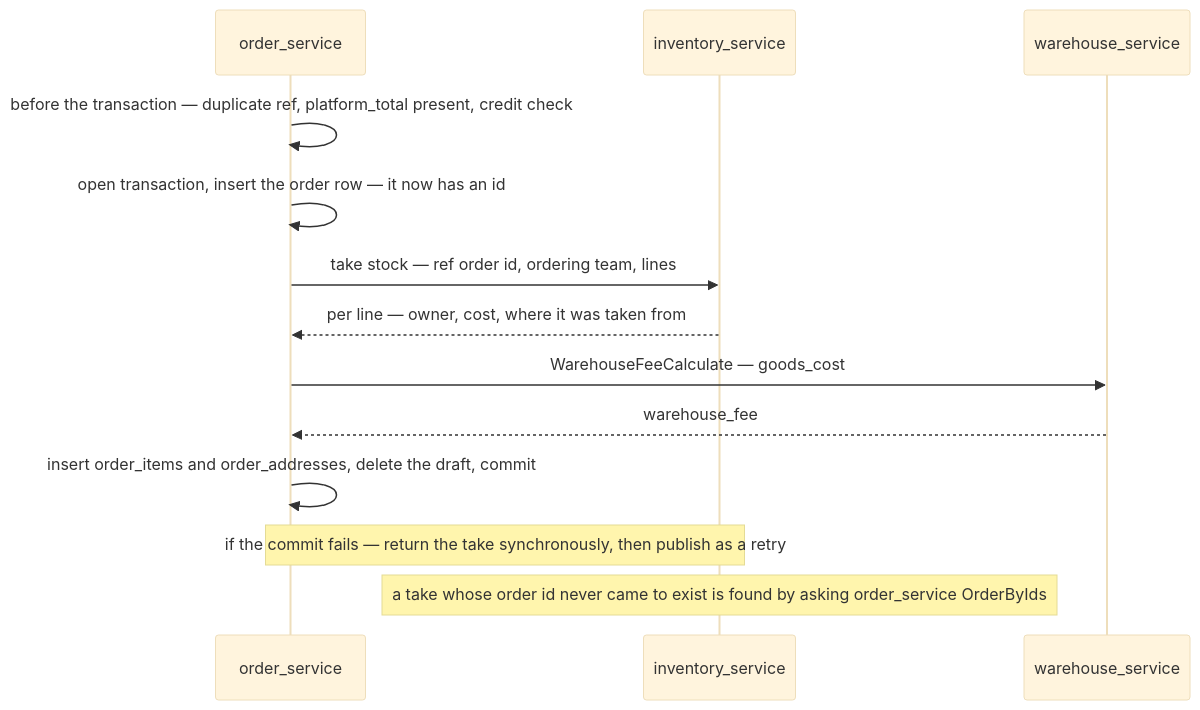
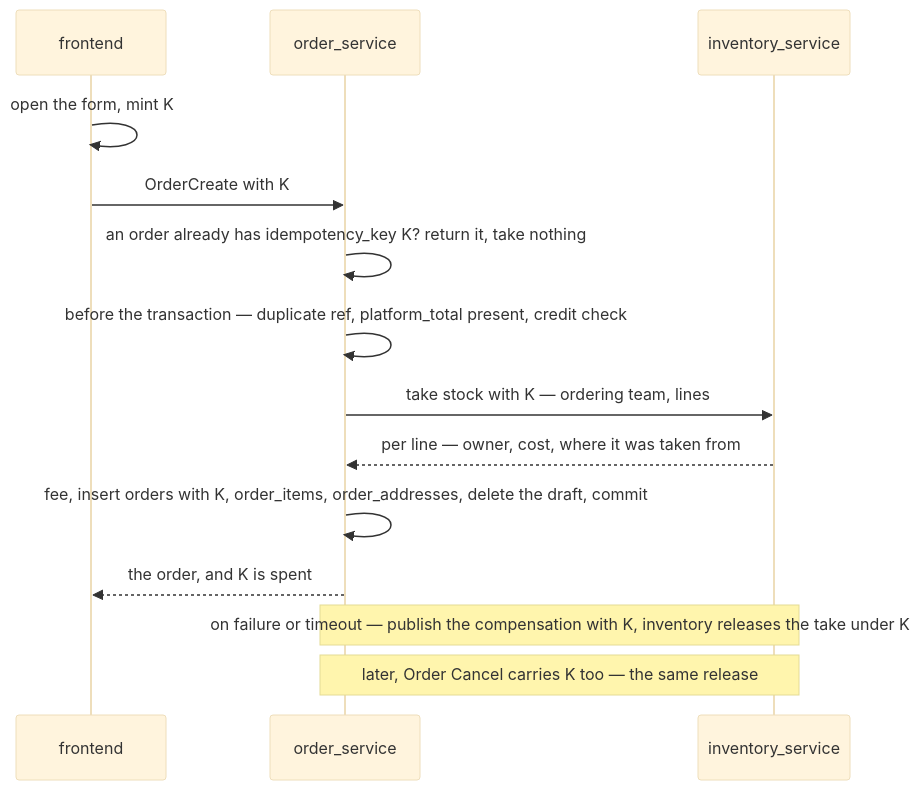
One commit to pdcgo/warehouse_revamp changed the first of 4 diagrams in docs/business/order/order_creation_clarify.md. Above: the diagram before and after it, drawn with Mermaid (base theme). The commit also changed other lines of this file and 4 other files, not shown here.

Commit message:
idempotency key

````diff
--- a/docs/business/order/order_creation_clarify.md
+++ b/docs/business/order/order_creation_clarify.md
@@ -23,15 +38,16 @@
 ```mermaid
 sequenceDiagram
+  participant F as frontend
   participant O as order_service
   participant I as inventory_service
-  participant W as warehouse_service
+  F->>F: open the form, mint K
+  F->>O: OrderCreate with K
+  O->>O: an order already has idempotency_key K? return it, take nothing
   O->>O: before the transaction — duplicate ref, platform_total present, credit check
-  O->>O: open transaction, insert the order row — it now has an id
-  O->>I: take stock — ref order id, ordering team, lines
+  O->>I: take stock with K — ordering team, lines
   I-->>O: per line — owner, cost, where it was taken from
-  O->>W: WarehouseFeeCalculate — goods_cost
-  W-->>O: warehouse_fee
-  O->>O: insert order_items and order_addresses, delete the draft, commit
-  Note over O,I: if the commit fails — return the take synchronously, then publish as a retry
-  Note over I: a take whose order id never came to exist is found by asking order_service OrderByIds
+  O->>O: fee, insert orders with K, order_items, order_addresses, delete the draft, commit
+  O-->>F: the order, and K is spent
+  Note over O,I: on failure or timeout — publish the compensation with K, inventory releases the take under K
+  Note over O,I: later, Order Cancel carries K too — the same release
 ```
````
